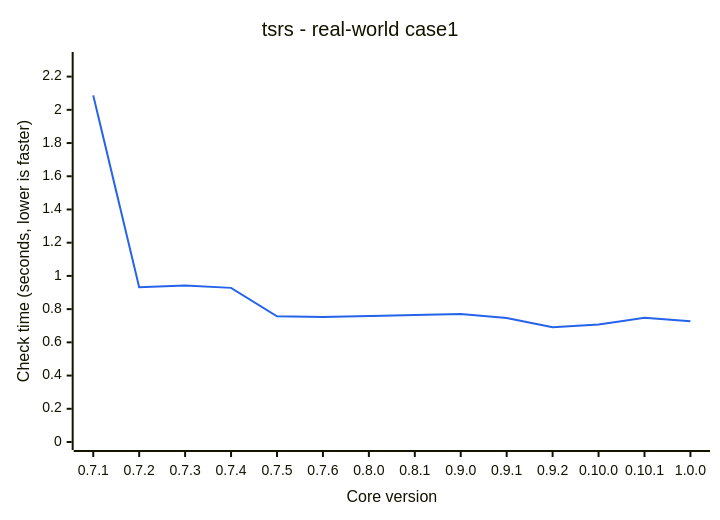
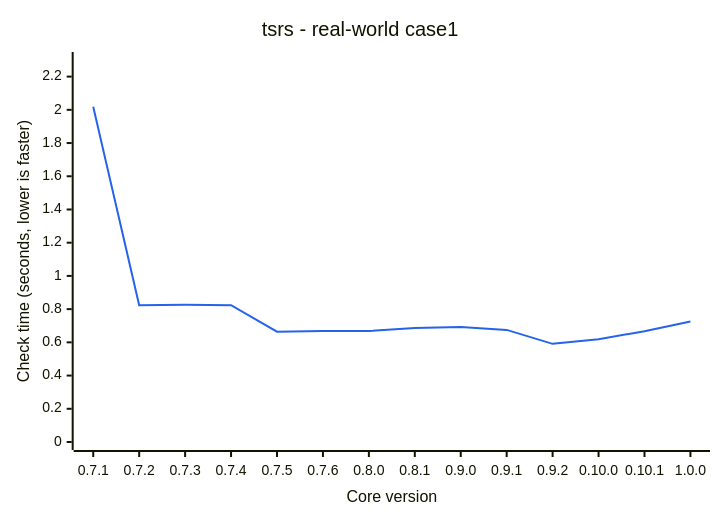
The diagram in README.md (ismailkarsli/TypeSQL), drawn with Mermaid before and after one commit. The commit also changed other lines of this file and 10 other files, not shown here.

````diff
--- a/README.md
+++ b/README.md
@@ -72,13 +72,13 @@
 ```mermaid
 ---
 config:
   themeVariables:
     xyChart:
       plotColorPalette: "#2563eb"
 ---
 xychart-beta
     title "tsrs - real-world case1"
     x-axis "Core version" ["0.7.1", "0.7.2", "0.7.3", "0.7.4", "0.7.5", "0.7.6", "0.8.0", "0.8.1", "0.9.0", "0.9.1", "0.9.2", "0.10.0", "0.10.1", "1.0.0"]
     y-axis "Check time (seconds, lower is faster)" 0 --> 2.3
-    line [2.087, 0.932, 0.943, 0.928, 0.757, 0.752, 0.758, 0.764, 0.77, 0.747, 0.691, 0.707, 0.748, 0.727]
+    line [2.018, 0.824, 0.826, 0.824, 0.664, 0.668, 0.668, 0.686, 0.692, 0.675, 0.591, 0.619, 0.667, 0.725]
 ```
````
